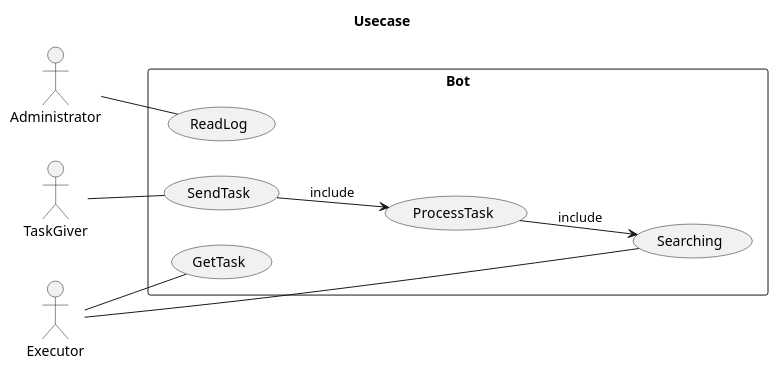
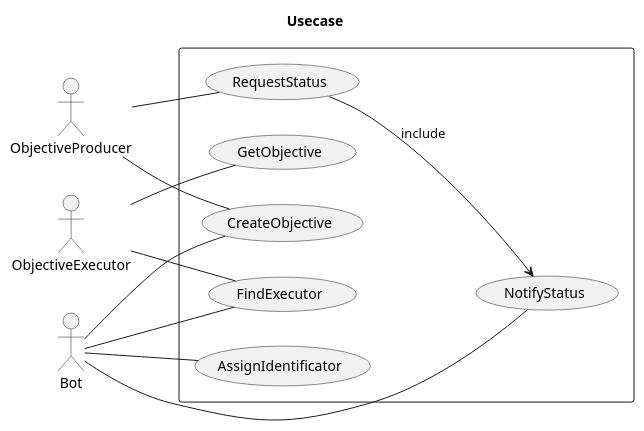
Before and after one commit to Plasmat1x/PaulBot: the diagram in Doc/puml.src/UseCase.puml, drawn with PlantUML. The commit also changed 3 other files, not shown here.

Commit message:
Update Diagrams, Update general.md

```diff
--- a/Doc/puml.src/UseCase.puml
+++ b/Doc/puml.src/UseCase.puml
@@ -1,24 +1,28 @@
 @startuml UseCase
     Title Usecase
     left to right direction
 
-    actor TaskGiver
-    actor Executor
-    actor Administrator
+    actor ObjectiveProducer
+    actor ObjectiveExecutor
+    actor Bot
     
-    rectangle Bot{
-        usecase SendTask
-        usecase Searching
-        usecase ProcessTask
-        usecase GetTask
-        usecase ReadLog
+    rectangle {
+        usecase FindExecutor
+        usecase CreateObjective
+        usecase AssignIdentificator
+        usecase RequestStatus
+        usecase GetObjective
+        usecase NotifyStatus
     }
 
-    TaskGiver -- SendTask
-    Executor -- GetTask
-    SendTask --> ProcessTask : include
-    ProcessTask --> Searching : include 
-    Executor -- Searching
-    Administrator -- ReadLog
+    ObjectiveProducer -- CreateObjective
+    Bot -- CreateObjective
+    ObjectiveExecutor -- GetObjective
+    Bot -- FindExecutor 
+    Bot -- NotifyStatus
+    ObjectiveProducer -- RequestStatus
+    RequestStatus --> NotifyStatus : include
+    FindExecutor -- ObjectiveExecutor
+    Bot -- AssignIdentificator
 
 @endmul
```
